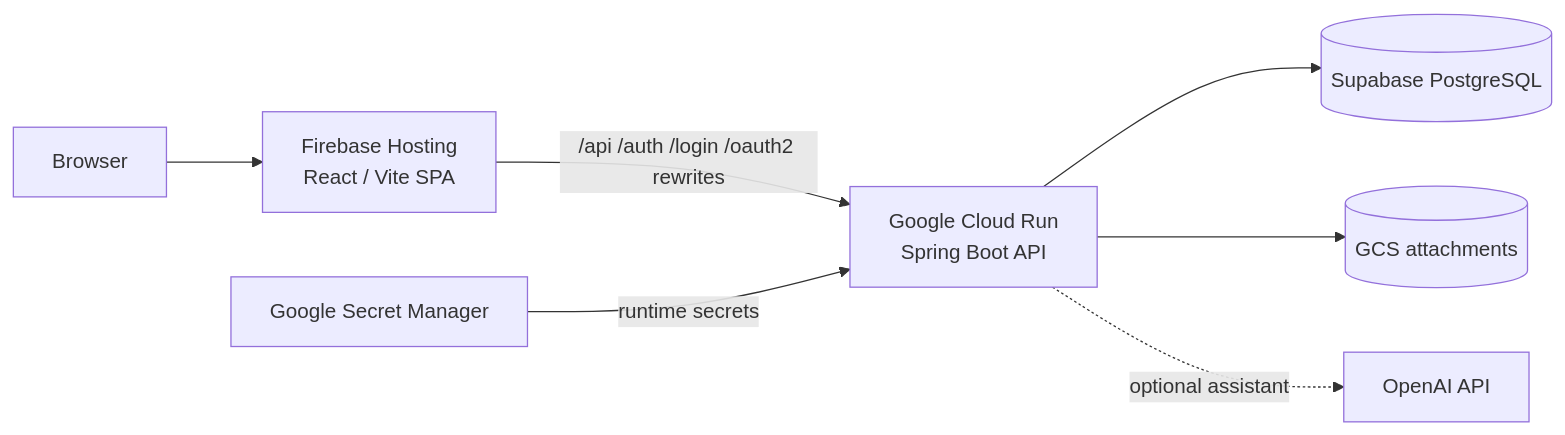
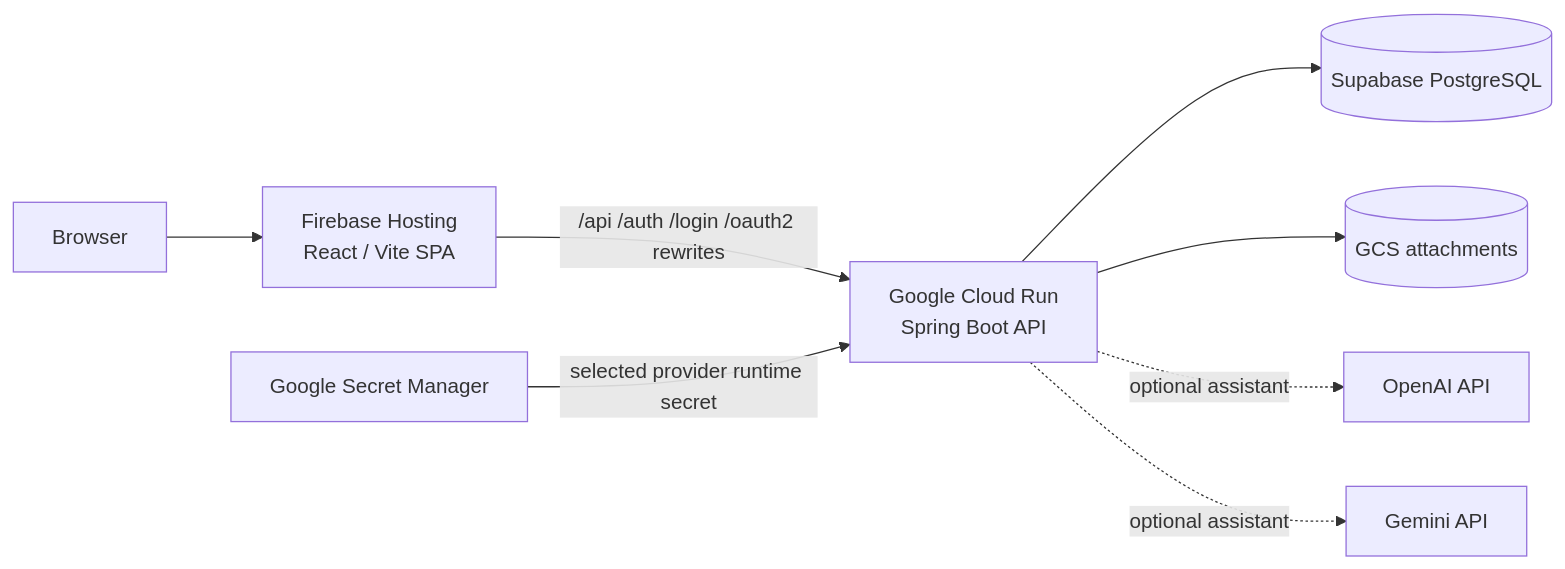
Before and after one commit to thecodinganalyst/LeaveMaster: the first of 2 diagrams in README.md, drawn with Mermaid. The commit also changed other lines of this file, not shown here.

Commit message:
Update README for selectable assistant providers

````diff
--- a/README.md
+++ b/README.md
@@ -37,17 +37,19 @@
 ```mermaid
 flowchart LR
     Browser[Browser]
     Firebase[Firebase Hosting\nReact / Vite SPA]
     CloudRun[Google Cloud Run\nSpring Boot API]
     Postgres[(Supabase PostgreSQL)]
     GCS[(GCS attachments)]
     OpenAI[OpenAI API]
+    Gemini[Gemini API]
     SecretManager[Google Secret Manager]
 
     Browser --> Firebase
     Firebase -->|/api /auth /login /oauth2 rewrites| CloudRun
     CloudRun --> Postgres
     CloudRun --> GCS
-    SecretManager -->|runtime secrets| CloudRun
+    SecretManager -->|selected provider runtime secret| CloudRun
     CloudRun -. optional assistant .-> OpenAI
+    CloudRun -. optional assistant .-> Gemini
 ```
````
